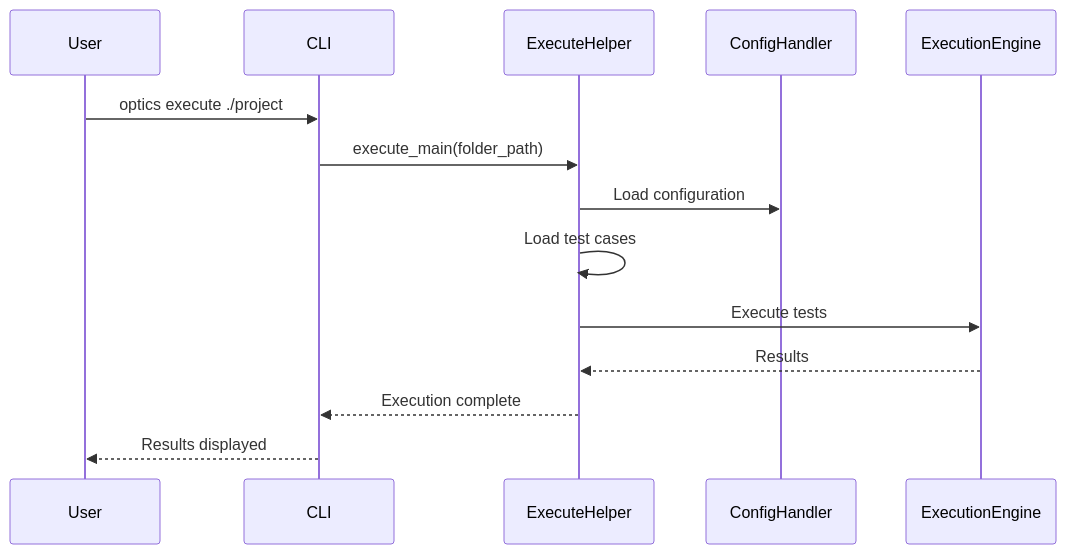
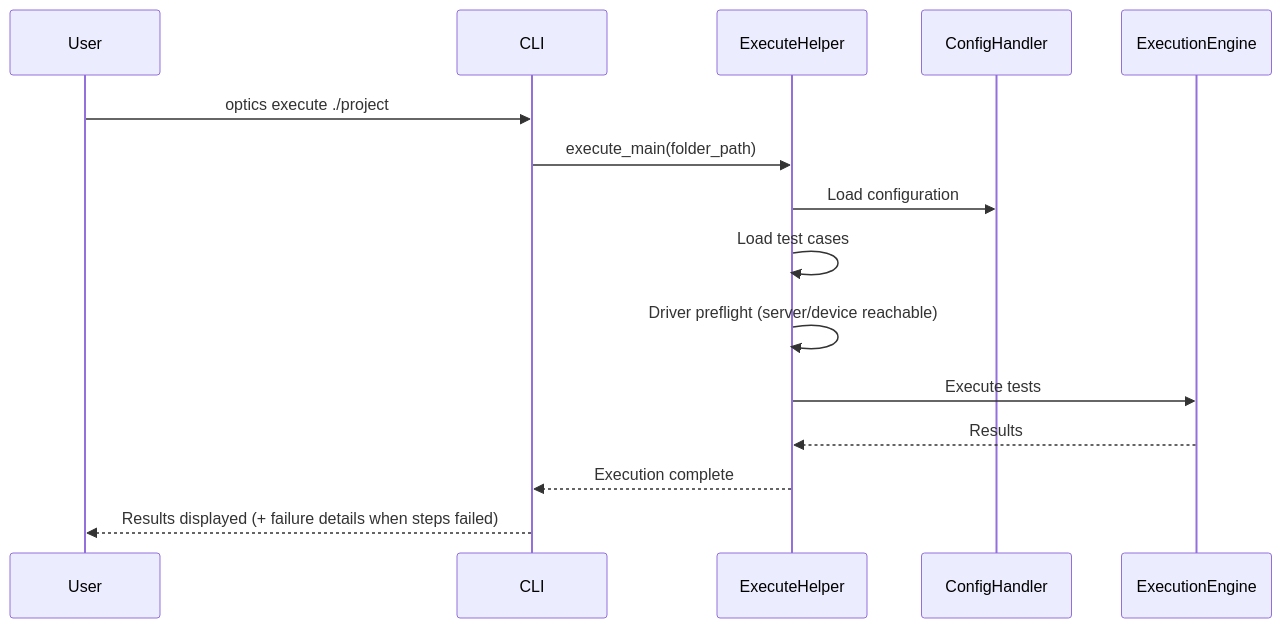
Before and after one commit to mozarkai/optics-framework: the third of 4 diagrams in docs/architecture/cli_layer.md, drawn with Mermaid. The commit also changed other lines of this file and 19 other files, not shown here.

````diff
--- a/docs/architecture/cli_layer.md
+++ b/docs/architecture/cli_layer.md
@@ -106,17 +106,18 @@
 ```mermaid
 sequenceDiagram
     participant User
     participant CLI
     participant ExecuteHelper
     participant ConfigHandler
     participant ExecutionEngine
 
     User->>CLI: optics execute ./project
     CLI->>ExecuteHelper: execute_main(folder_path)
     ExecuteHelper->>ConfigHandler: Load configuration
     ExecuteHelper->>ExecuteHelper: Load test cases
+    ExecuteHelper->>ExecuteHelper: Driver preflight (server/device reachable)
     ExecuteHelper->>ExecutionEngine: Execute tests
     ExecutionEngine-->>ExecuteHelper: Results
     ExecuteHelper-->>CLI: Execution complete
-    CLI-->>User: Results displayed
+    CLI-->>User: Results displayed (+ failure details when steps failed)
 ```
````
